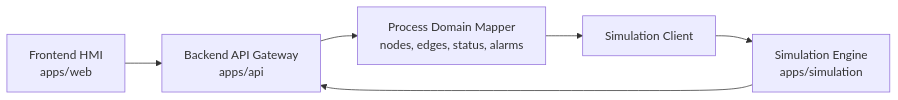
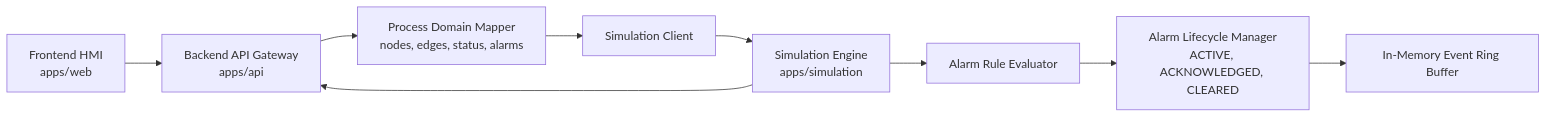
The diagram in docs/architecture.md (dimbo1324/smr-digital-twin-platform-r), drawn with Mermaid before and after one commit. The commit also changed other lines of this file and 50 other files, not shown here.

Commit message:
feat(alarms): add alarm lifecycle and event log

````diff
--- a/docs/architecture.md
+++ b/docs/architecture.md
@@ -5,8 +5,11 @@
 ```mermaid
 flowchart LR
     Web["Frontend HMI<br/>apps/web"] --> API["Backend API Gateway<br/>apps/api"]
     API --> Process["Process Domain Mapper<br/>nodes, edges, status, alarms"]
     Process --> SimulationClient["Simulation Client"]
     SimulationClient --> Simulation["Simulation Engine<br/>apps/simulation"]
+    Simulation --> Evaluator["Alarm Rule Evaluator"]
+    Evaluator --> Lifecycle["Alarm Lifecycle Manager<br/>ACTIVE, ACKNOWLEDGED, CLEARED"]
+    Lifecycle --> EventLog["In-Memory Event Ring Buffer"]
     Simulation --> API
 ```
````
